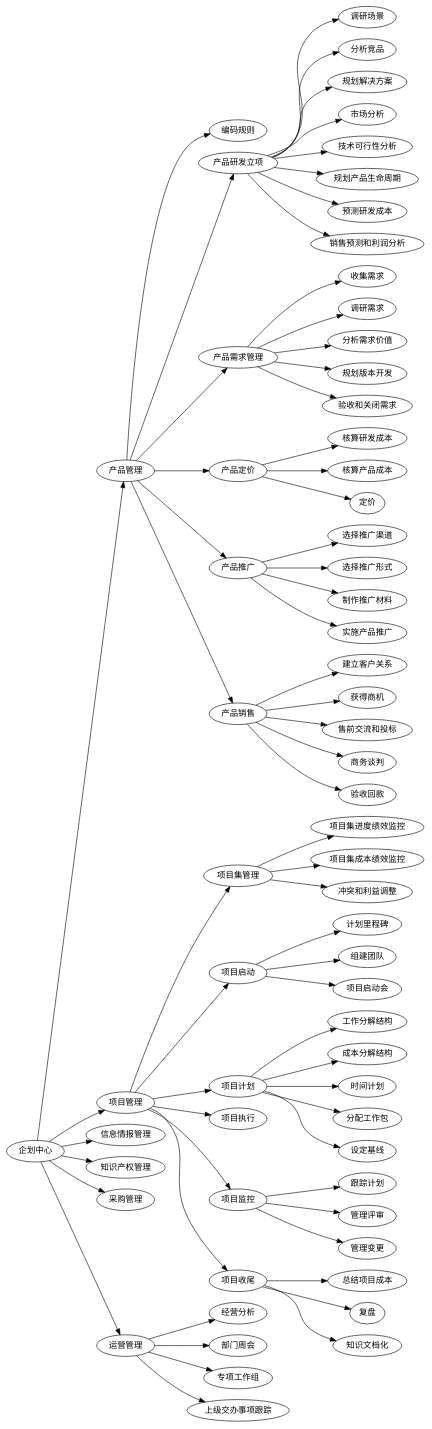
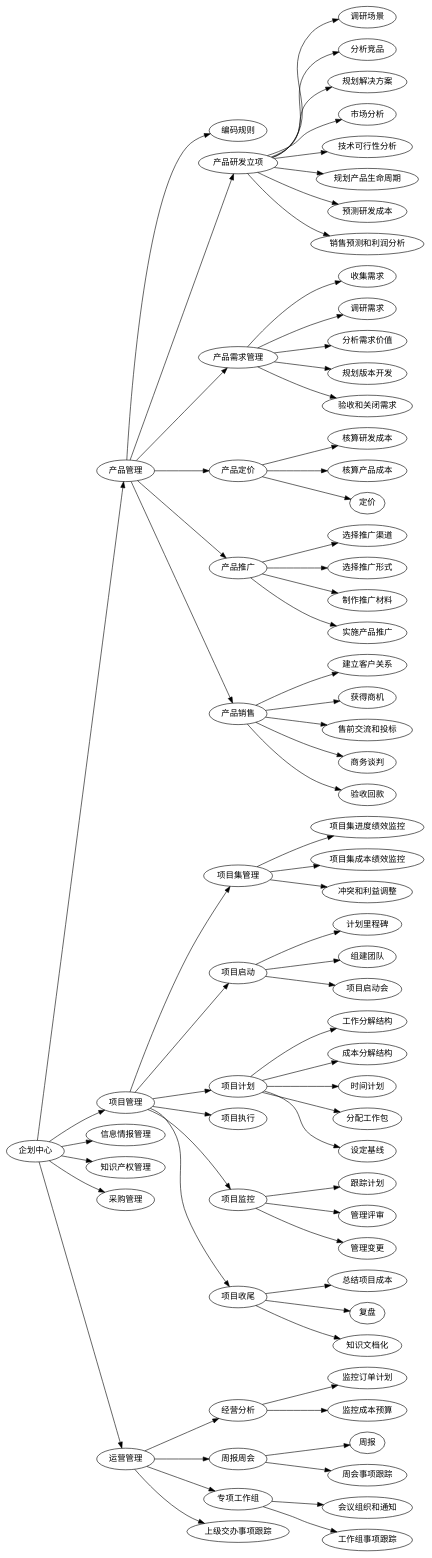
Before and after one commit to cruiurc/cruiurc.github.io: the diagram in source/work/sj/topic/20221029部门工作规划.rst, drawn with Graphviz.

Commit message:
20221030 work

```diff
--- a/source/work/sj/topic/20221029部门工作规划.rst
+++ b/source/work/sj/topic/20221029部门工作规划.rst
@@ -4,27 +4,30 @@
 .. graphviz::
 
     digraph "CPC"{
     rankdir=LR
     fontsize = 4
 
     企划中心->{产品管理,项目管理,信息情报管理,知识产权管理,采购管理,运营管理}
 
 
     产品管理->{编码规则,产品研发立项,产品需求管理,产品定价,产品推广,产品销售}
     产品研发立项->{调研场景,分析竞品,规划解决方案,市场分析,技术可行性分析,规划产品生命周期,预测研发成本,销售预测和利润分析}
     产品需求管理->{收集需求,调研需求,分析需求价值,规划版本开发,验收和关闭需求}
     产品定价->{核算研发成本,核算产品成本,定价}
     产品推广->{选择推广渠道,选择推广形式,制作推广材料,实施产品推广}
     产品销售->{建立客户关系,获得商机,售前交流和投标,商务谈判,验收回款}
 
 
     项目管理->{项目集管理,项目启动,项目计划,项目执行,项目监控,项目收尾}
     项目集管理->{项目集进度绩效监控,项目集成本绩效监控,冲突和利益调整}
     项目启动->{计划里程碑,组建团队,项目启动会}
     项目计划->{工作分解结构,成本分解结构,时间计划,分配工作包,设定基线}
     项目监控->{跟踪计划,管理评审,管理变更}
     项目收尾->{总结项目成本,复盘,知识文档化}
 
-    运营管理->{经营分析,部门周会,专项工作组,上级交办事项跟踪}
+    运营管理->{经营分析,周报周会,专项工作组,上级交办事项跟踪}
+    经营分析->{监控订单计划,监控成本预算}
+    周报周会->{周报,周会事项跟踪}
+    专项工作组->{会议组织和通知,工作组事项跟踪}
 
     }
```
